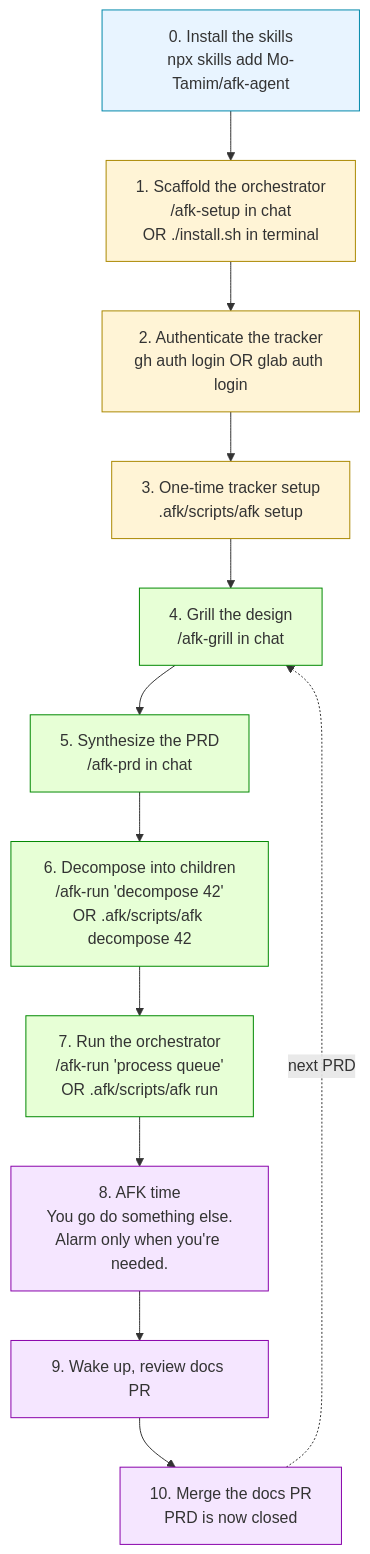
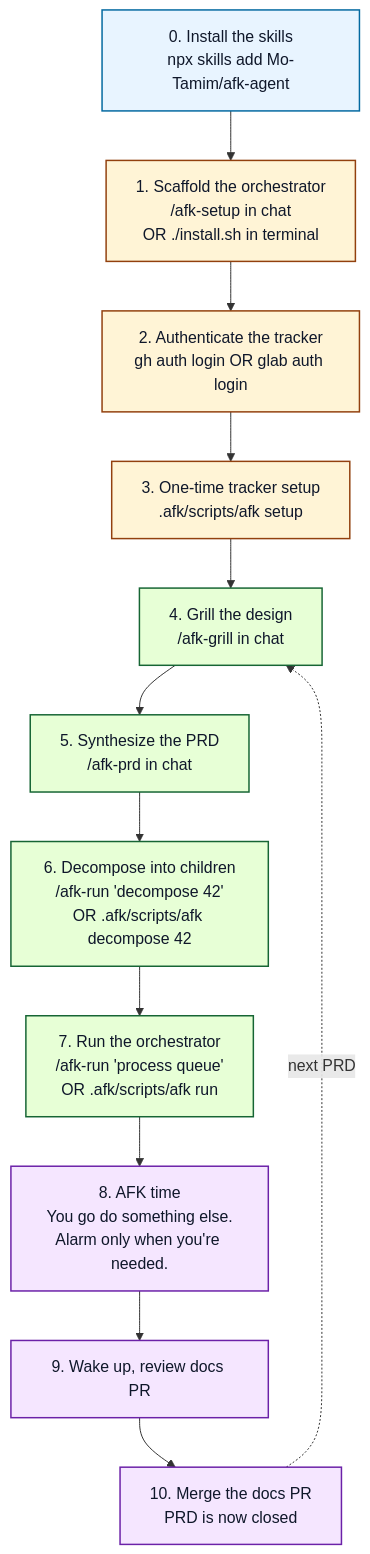
Before and after one commit to Mo-Tamim/afk-agent: the first of 9 diagrams in docs/WORKFLOW.md, drawn with Mermaid. The commit also changed other lines of this file and 4 other files, not shown here.

````diff
--- a/docs/WORKFLOW.md
+++ b/docs/WORKFLOW.md
@@ -18,26 +18,26 @@
 ```mermaid
 flowchart TD
-  classDef once  fill:#e8f4ff,stroke:#08a;
-  classDef repo  fill:#fff4d6,stroke:#a80;
-  classDef prd   fill:#e7ffd6,stroke:#080;
-  classDef wait  fill:#f5e6ff,stroke:#80a;
+  classDef once  fill:#e8f4ff,stroke:#0369a1,color:#0f172a,stroke-width:1.5px;
+  classDef repo  fill:#fff4d6,stroke:#92400e,color:#0f172a,stroke-width:1.5px;
+  classDef prd   fill:#e7ffd6,stroke:#166534,color:#0f172a,stroke-width:1.5px;
+  classDef wait  fill:#f5e6ff,stroke:#6b21a8,color:#0f172a,stroke-width:1.5px;
 
   S0[0. Install the skills<br/>npx skills add Mo-Tamim/afk-agent]:::once
   S1[1. Scaffold the orchestrator<br/>/afk-setup in chat<br/>OR ./install.sh in terminal]:::repo
   S2[2. Authenticate the tracker<br/>gh auth login OR glab auth login]:::repo
   S3[3. One-time tracker setup<br/>.afk/scripts/afk setup]:::repo
 
   S4[4. Grill the design<br/>/afk-grill in chat]:::prd
   S5[5. Synthesize the PRD<br/>/afk-prd in chat]:::prd
   S6[6. Decompose into children<br/>/afk-run 'decompose 42'<br/>OR .afk/scripts/afk decompose 42]:::prd
   S7[7. Run the orchestrator<br/>/afk-run 'process queue'<br/>OR .afk/scripts/afk run]:::prd
 
   S8[8. AFK time<br/>You go do something else.<br/>Alarm only when you're needed.]:::wait
   S9[9. Wake up, review docs PR]:::wait
   S10[10. Merge the docs PR<br/>PRD is now closed]:::wait
 
   S0 --> S1 --> S2 --> S3
   S3 --> S4
   S4 --> S5 --> S6 --> S7 --> S8 --> S9 --> S10
   S10 -.next PRD.-> S4
 ```
````
